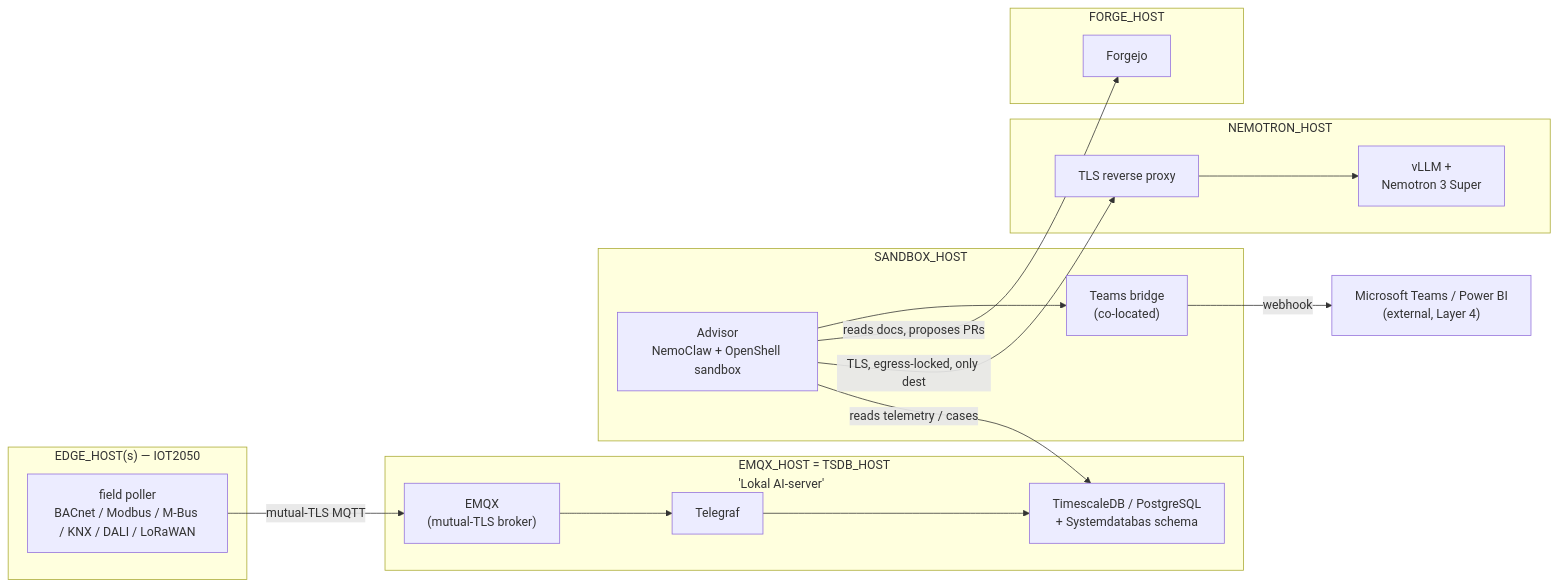
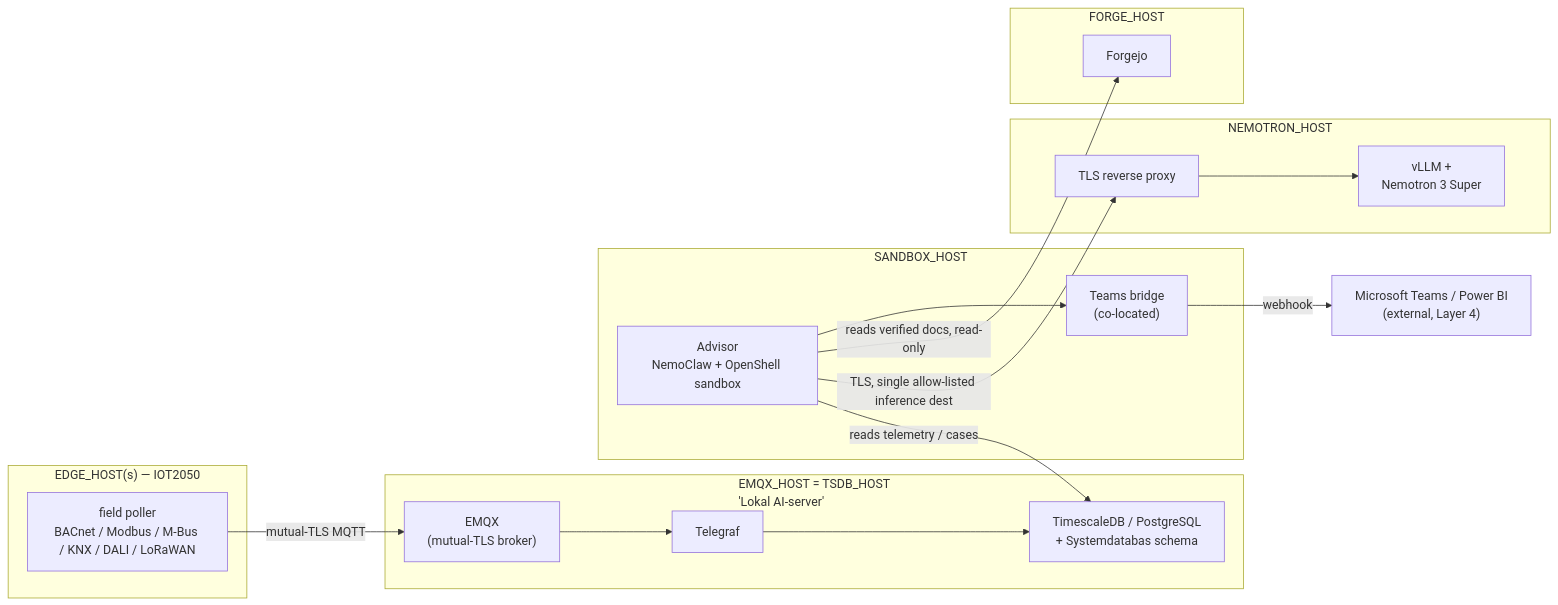
One commit to openAut/main changed the diagram in docs/ARCHITECTURE.md. Above: the diagram before and after it, drawn with Mermaid. The commit also changed other lines of this file, not shown here.

First line of the commit message:
docs: fix Advisor read-only edges and sandbox terminology

````diff
--- a/docs/ARCHITECTURE.md
+++ b/docs/ARCHITECTURE.md
@@ -83,33 +83,33 @@
 ```mermaid
 flowchart LR
     subgraph EDGE["EDGE_HOST(s) — IOT2050"]
         IOT["field poller<br/>BACnet / Modbus / M-Bus / KNX / DALI / LoRaWAN"]
     end
 
     subgraph AITIER["EMQX_HOST = TSDB_HOST<br/>'Lokal AI-server'"]
         EMQX["EMQX<br/>(mutual-TLS broker)"]
         TELE["Telegraf"]
         TSDB["TimescaleDB / PostgreSQL<br/>+ Systemdatabas schema"]
         EMQX --> TELE --> TSDB
     end
 
     subgraph SANDBOXH["SANDBOX_HOST"]
         ADV["Advisor<br/>NemoClaw + OpenShell sandbox"]
         TB["Teams bridge<br/>(co-located)"]
     end
 
     subgraph GPU["NEMOTRON_HOST"]
         PROXY["TLS reverse proxy"] --> VLLM["vLLM +<br/>Nemotron 3 Super"]
     end
 
     subgraph FORGEH["FORGE_HOST"]
         FORGE["Forgejo"]
     end
 
     IOT -->|mutual-TLS MQTT| EMQX
     ADV -->|reads telemetry / cases| TSDB
-    ADV -->|TLS, egress-locked, only dest| PROXY
-    ADV -->|reads docs, proposes PRs| FORGE
+    ADV -->|TLS, single allow-listed inference dest| PROXY
+    ADV -->|reads verified docs, read-only| FORGE
     ADV --> TB
     TB -->|webhook| TEAMS["Microsoft Teams / Power BI<br/>(external, Layer 4)"]
 ```
````
